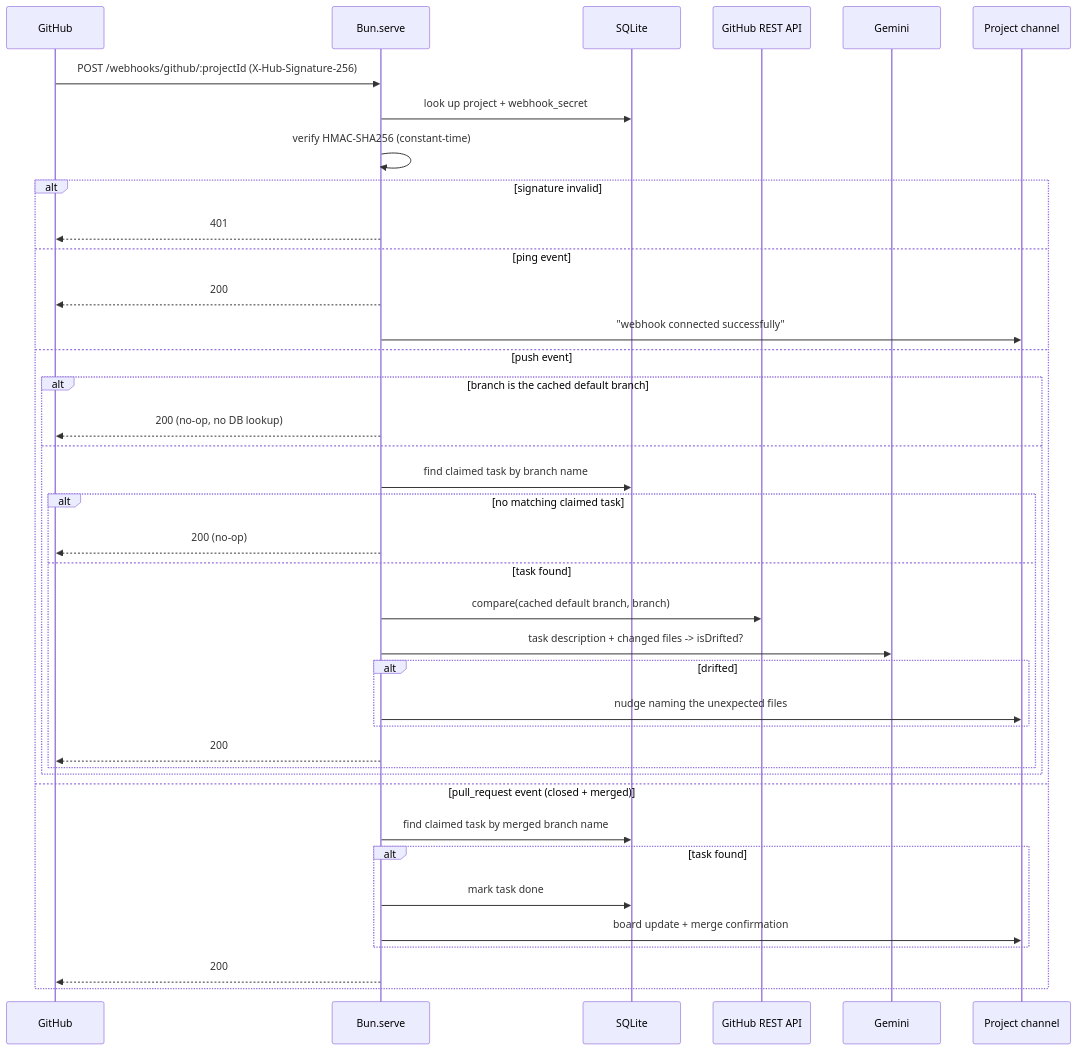
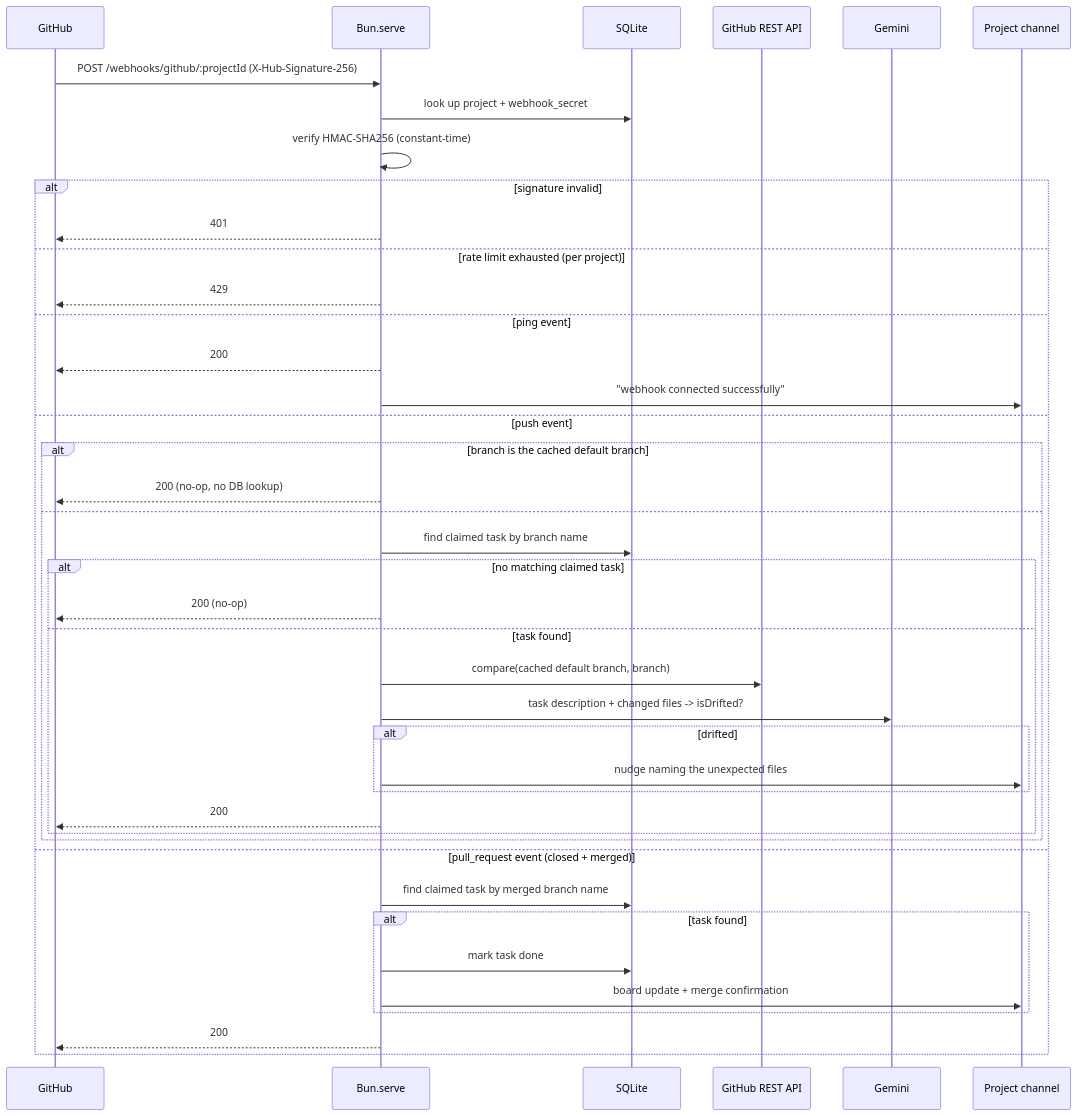
Before and after one commit to PratikDev/spud: the second of 2 diagrams in README.md, drawn with Mermaid. The commit also changed other lines of this file, not shown here.

Commit message:
Document webhook rate limiting and request timeouts in README

````diff
--- a/README.md
+++ b/README.md
@@ -82,42 +83,44 @@
 ```mermaid
 sequenceDiagram
     participant GH as GitHub
     participant HTTP as Bun.serve
     participant DB as SQLite
     participant API as GitHub REST API
     participant LLM as Gemini
     participant Discord as Project channel
 
     GH->>HTTP: POST /webhooks/github/:projectId (X-Hub-Signature-256)
     HTTP->>DB: look up project + webhook_secret
     HTTP->>HTTP: verify HMAC-SHA256 (constant-time)
     alt signature invalid
         HTTP-->>GH: 401
+    else rate limit exhausted (per project)
+        HTTP-->>GH: 429
     else ping event
         HTTP-->>GH: 200
         HTTP->>Discord: "webhook connected successfully"
     else push event
         alt branch is the cached default branch
             HTTP-->>GH: 200 (no-op, no DB lookup)
         else
             HTTP->>DB: find claimed task by branch name
             alt no matching claimed task
                 HTTP-->>GH: 200 (no-op)
             else task found
                 HTTP->>API: compare(cached default branch, branch)
                 HTTP->>LLM: task description + changed files -> isDrifted?
                 alt drifted
                     HTTP->>Discord: nudge naming the unexpected files
                 end
                 HTTP-->>GH: 200
             end
         end
     else pull_request event (closed + merged)
         HTTP->>DB: find claimed task by merged branch name
         alt task found
             HTTP->>DB: mark task done
             HTTP->>Discord: board update + merge confirmation
         end
         HTTP-->>GH: 200
     end
 ```
````
